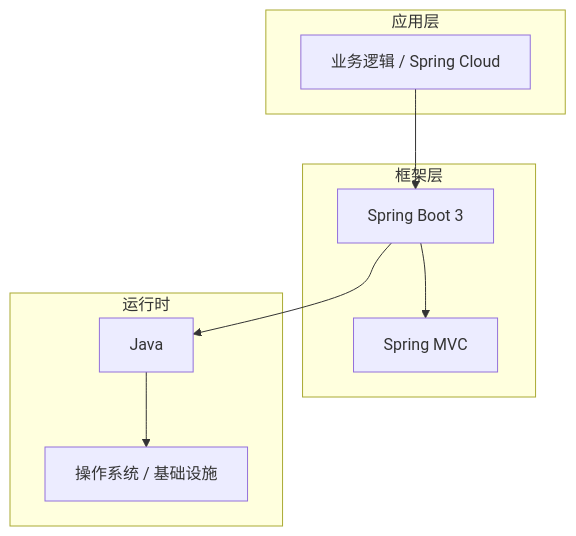
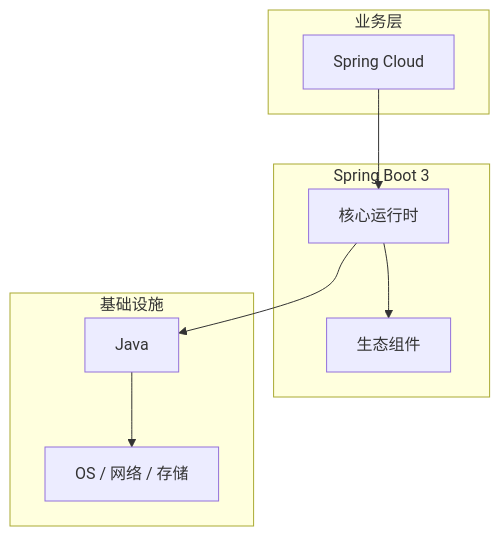
The diagram in articles/Spring Boot/chapters/107-Spring-Cloud核心概念与原理.md (yanggan2015/knowledge-json-v2), drawn with Mermaid before and after one commit. The commit also changed other lines of this file and 10127 other files, not shown here.

````diff
--- a/articles/Spring Boot/chapters/107-Spring-Cloud核心概念与原理.md
+++ b/articles/Spring Boot/chapters/107-Spring-Cloud核心概念与原理.md
@@ -45,18 +34,18 @@
 ```mermaid
 graph TB
-    subgraph 应用层
-        A[业务逻辑 / Spring Cloud]
+    subgraph 业务层
+        A[Spring Cloud]
     end
-    subgraph 框架层
-        B[Spring Boot 3]
-        C[Spring MVC]
+    subgraph Spring Boot 3
+        B[核心运行时]
+        C[生态组件]
     end
-    subgraph 运行时
+    subgraph 基础设施
         D[Java]
-        E[操作系统 / 基础设施]
+        E[OS / 网络 / 存储]
     end
     A --> B
     B --> C
     B --> D
     D --> E
 ```
````
